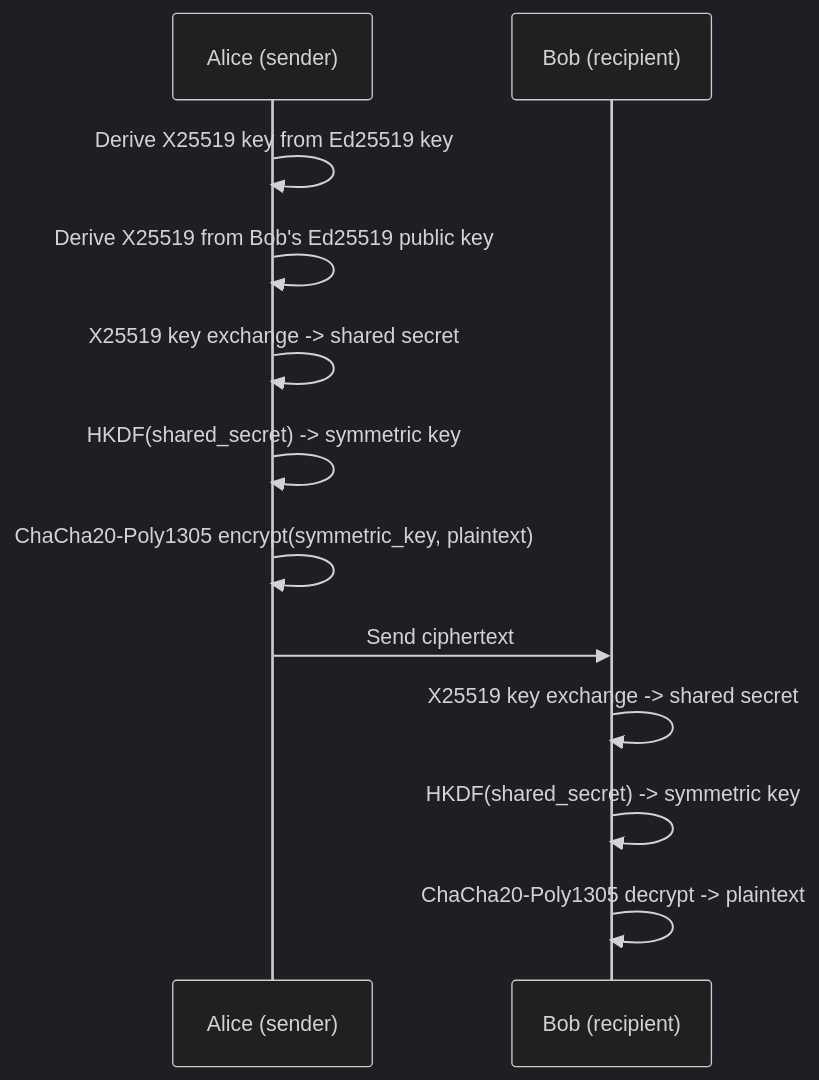
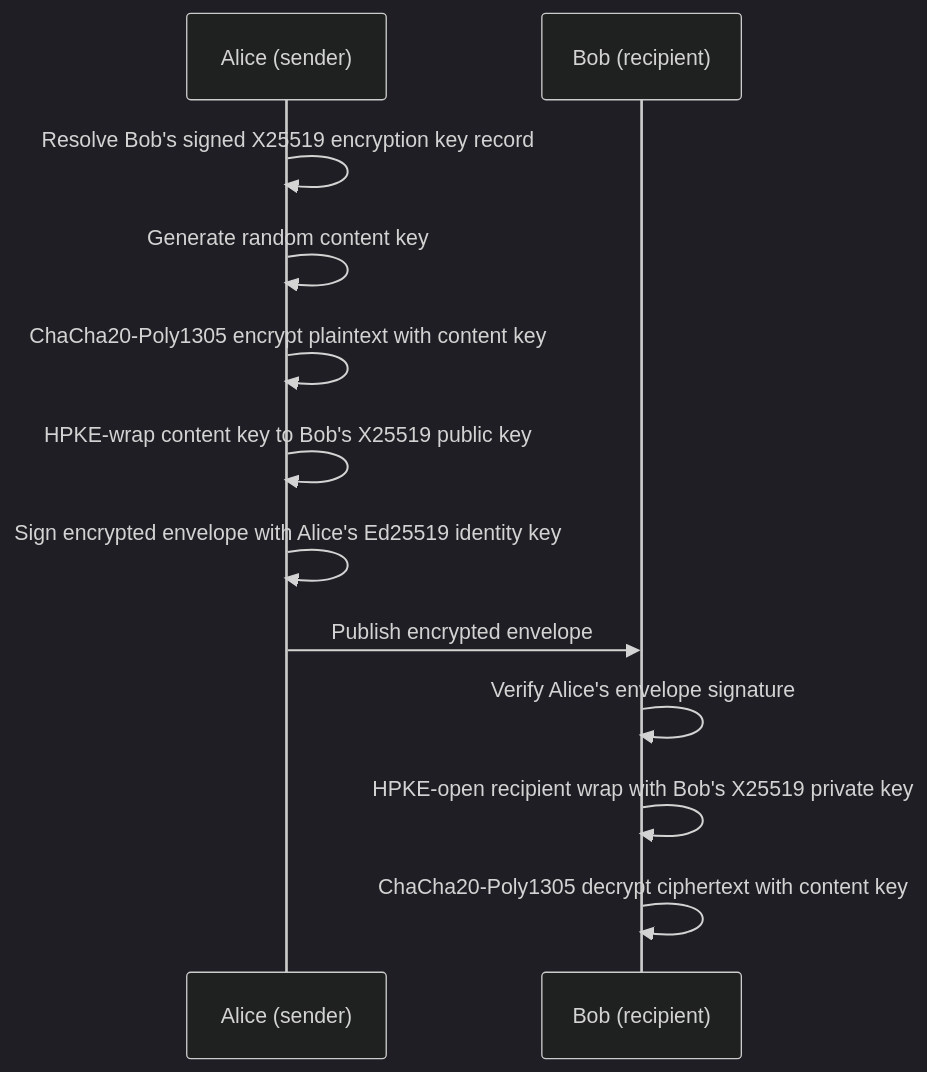
One commit to alexanderwanyoike/jolt changed the second of 4 diagrams in docs/02-identity-and-crypto.md. Above: the diagram before and after it, drawn with Mermaid (dark theme). The commit also changed other lines of this file and 5 other files, not shown here.

Commit message:
Design encrypted object envelope

````diff
--- a/docs/02-identity-and-crypto.md
+++ b/docs/02-identity-and-crypto.md
@@ -103,15 +108,15 @@
 ```mermaid
 sequenceDiagram
     participant Alice as Alice (sender)
     participant Bob as Bob (recipient)
 
-    Alice->>Alice: Derive X25519 key from Ed25519 key
-    Alice->>Alice: Derive X25519 from Bob's Ed25519 public key
-    Alice->>Alice: X25519 key exchange -> shared secret
-    Alice->>Alice: HKDF(shared_secret) -> symmetric key
-    Alice->>Alice: ChaCha20-Poly1305 encrypt(symmetric_key, plaintext)
-    Alice->>Bob: Send ciphertext
-    Bob->>Bob: X25519 key exchange -> shared secret
-    Bob->>Bob: HKDF(shared_secret) -> symmetric key
-    Bob->>Bob: ChaCha20-Poly1305 decrypt -> plaintext
+    Alice->>Alice: Resolve Bob's signed X25519 encryption key record
+    Alice->>Alice: Generate random content key
+    Alice->>Alice: ChaCha20-Poly1305 encrypt plaintext with content key
+    Alice->>Alice: HPKE-wrap content key to Bob's X25519 public key
+    Alice->>Alice: Sign encrypted envelope with Alice's Ed25519 identity key
+    Alice->>Bob: Publish encrypted envelope
+    Bob->>Bob: Verify Alice's envelope signature
+    Bob->>Bob: HPKE-open recipient wrap with Bob's X25519 private key
+    Bob->>Bob: ChaCha20-Poly1305 decrypt ciphertext with content key
 ```
````
